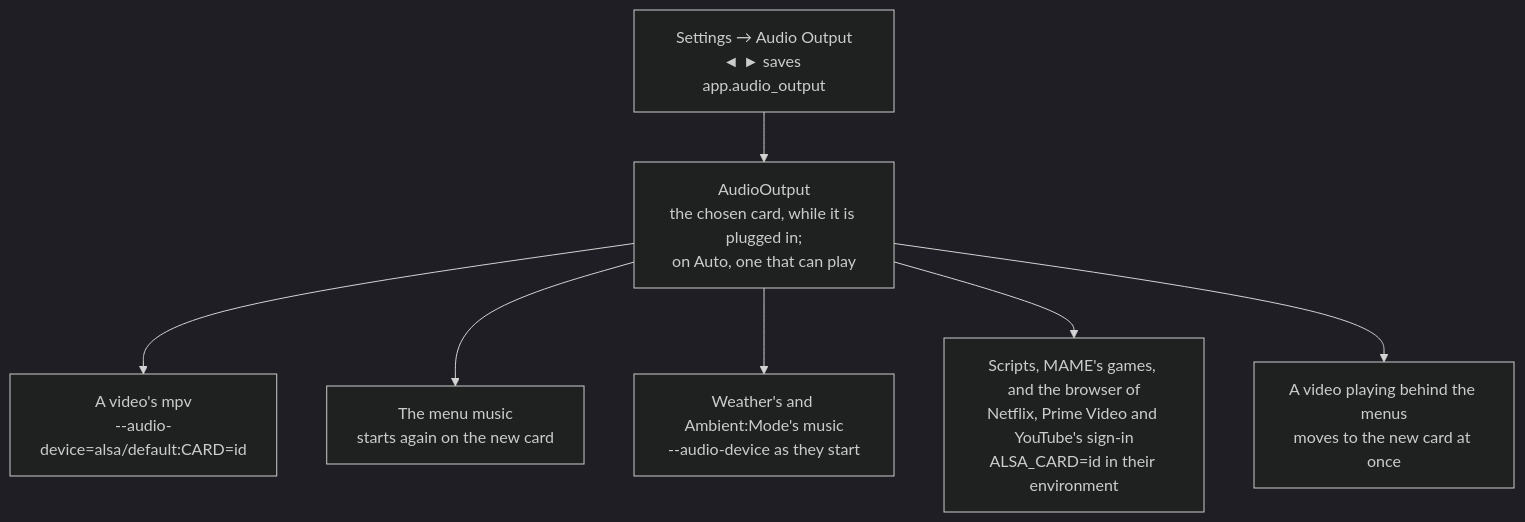
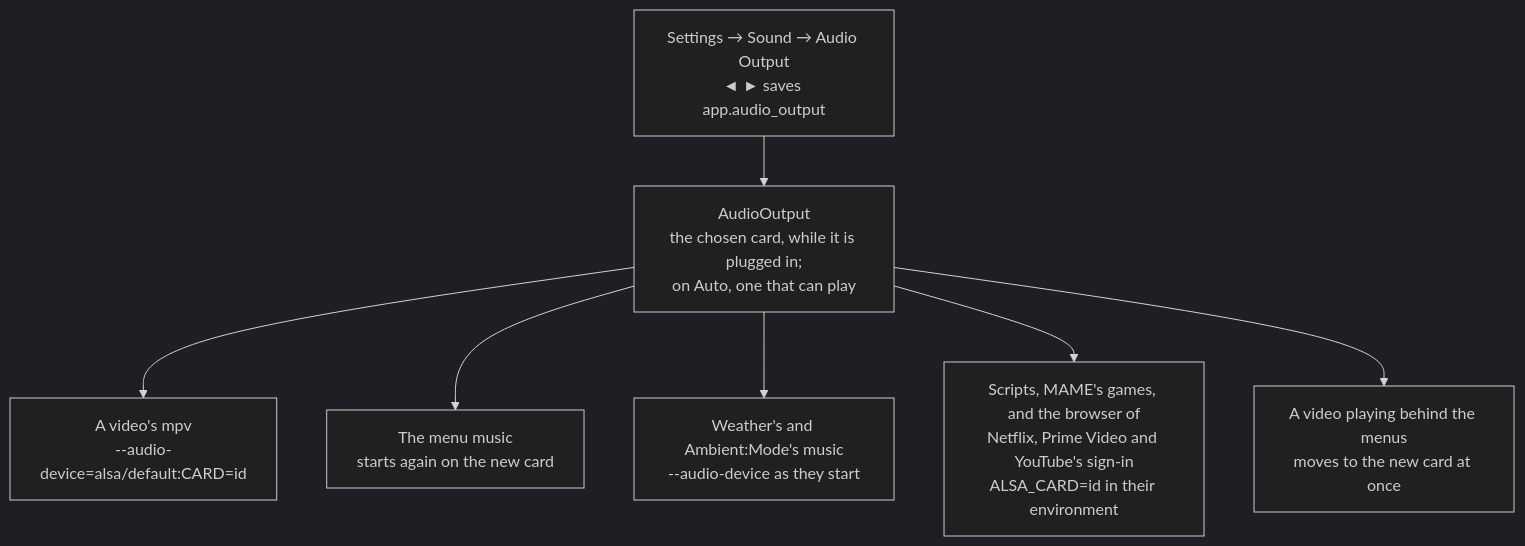
Before and after one commit to mehmetraif/OSD-OS: the diagram in docs/wiki/Audio-Output.md, drawn with Mermaid (dark theme). The commit also changed other lines of this file and 157 other files, not shown here.

````diff
--- a/docs/wiki/Audio-Output.md
+++ b/docs/wiki/Audio-Output.md
@@ -67,9 +67,9 @@
 ```mermaid
 flowchart TD
-    S["Settings → Audio Output<br/>◄ ► saves app.audio_output"] --> A["AudioOutput<br/>the chosen card, while it is plugged in;<br/>on Auto, one that can play"]
+    S["Settings → Sound → Audio Output<br/>◄ ► saves app.audio_output"] --> A["AudioOutput<br/>the chosen card, while it is plugged in;<br/>on Auto, one that can play"]
     A --> V["A video's mpv<br/>--audio-device=alsa/default:CARD=id"]
     A --> M["The menu music<br/>starts again on the new card"]
     A --> W["Weather's and Ambient:Mode's music<br/>--audio-device as they start"]
     A --> X["Scripts, MAME's games, and the browser of<br/>Netflix, Prime Video and YouTube's sign-in<br/>ALSA_CARD=id in their environment"]
     A --> B["A video playing behind the menus<br/>moves to the new card at once"]
 ```
````
